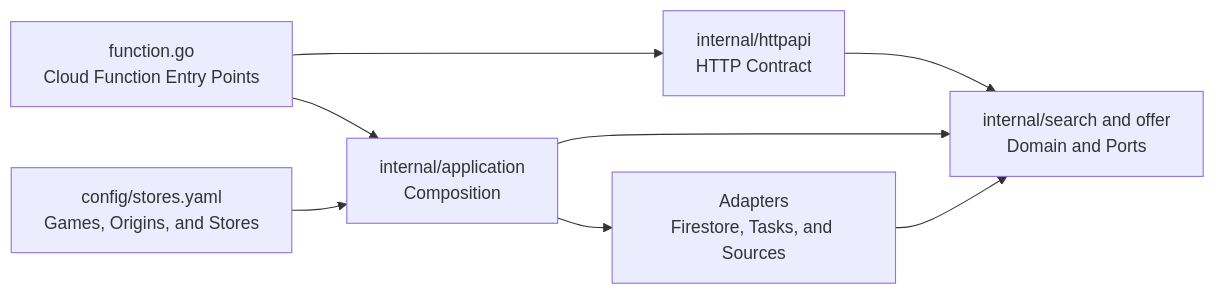
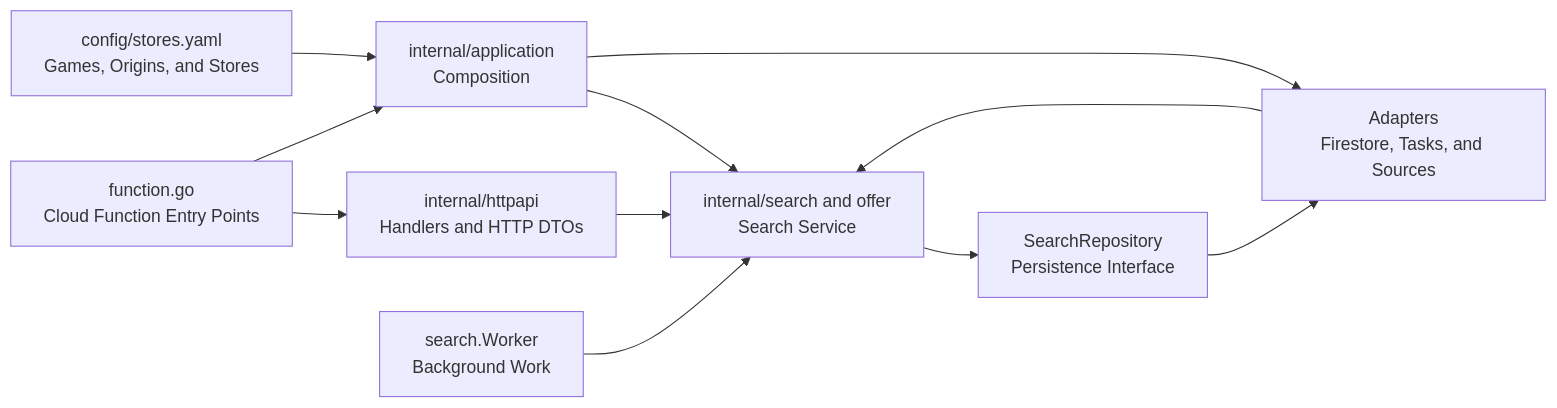
The second of 2 diagrams in backend/docs/architecture.md (metaliaw/muchi), drawn with Mermaid before and after one commit. The commit also changed other lines of this file and 68 other files, not shown here.

First line of the commit message:
Extract catalog into stores, aggregators, and search ports

````diff
--- a/backend/docs/architecture.md
+++ b/backend/docs/architecture.md
@@ -135,17 +135,22 @@
 ```mermaid
 flowchart LR
     function[function.go<br/>Cloud Function Entry Points]
-    transport[internal/httpapi<br/>HTTP Contract]
+    transport[internal/httpapi<br/>Handlers and HTTP DTOs]
     application[internal/application<br/>Composition]
-    domain[internal/search and offer<br/>Domain and Ports]
+    domain[internal/search and offer<br/>Search Service]
+    repository[SearchRepository<br/>Persistence Interface]
+    worker[search.Worker<br/>Background Work]
     config[config/stores.yaml<br/>Games, Origins, and Stores]
     adapters[Adapters<br/>Firestore, Tasks, and Sources]
 
     function --> transport
     function --> application
     transport --> domain
+    worker --> domain
+    domain --> repository
+    repository --> adapters
     config --> application
     application --> domain
     application --> adapters
     adapters --> domain
 ```
````
